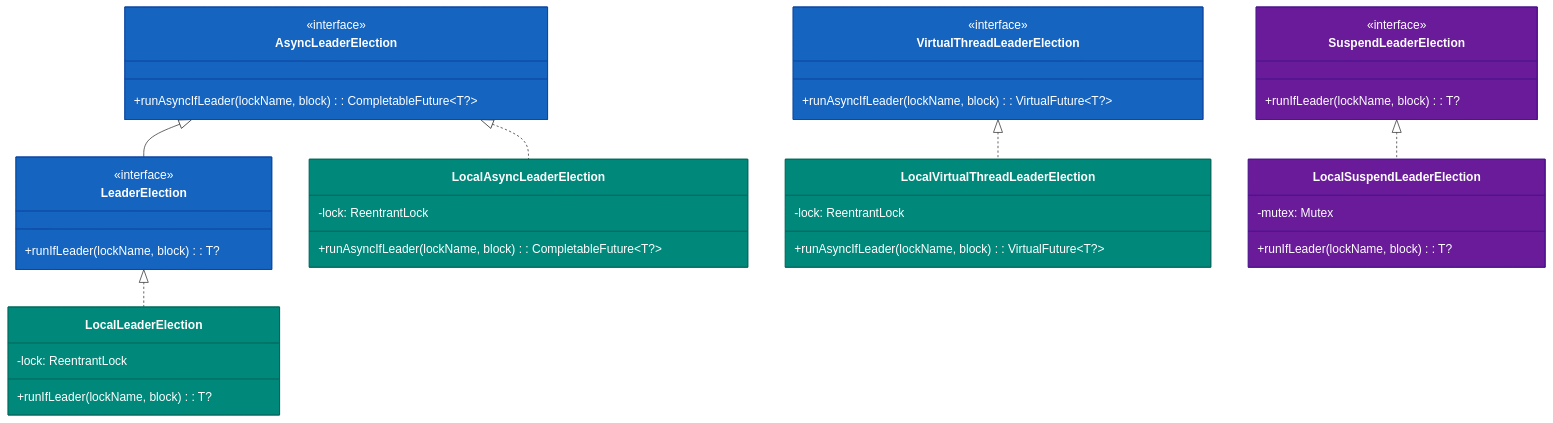
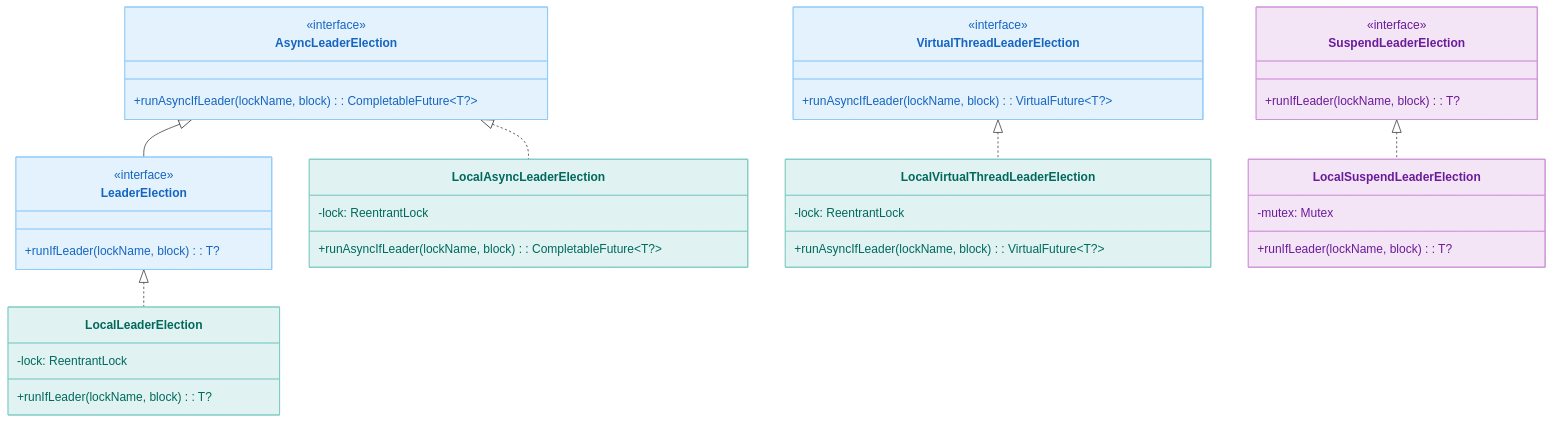
Before and after one commit to bluetape4k/bluetape4k-projects: the third of 5 diagrams in utils/leader/README.ko.md, drawn with Mermaid. The commit also changed other lines of this file and 219 other files, not shown here.

First line of the commit message:
docs: 전체 README Mermaid 다이어그램 가이드 적용

````diff
--- a/utils/leader/README.ko.md
+++ b/utils/leader/README.ko.md
@@ -86,57 +86,57 @@
 ```mermaid
 classDiagram
     class AsyncLeaderElection {
         <<interface>>
         +runAsyncIfLeader(lockName, block): CompletableFuture~T?~
     }
 
     class LeaderElection {
         <<interface>>
         +runIfLeader(lockName, block): T?
     }
 
     class VirtualThreadLeaderElection {
         <<interface>>
         +runAsyncIfLeader(lockName, block): VirtualFuture~T?~
     }
 
     class SuspendLeaderElection {
         <<interface>>
         +runIfLeader(lockName, block): T?
     }
 
     class LocalLeaderElection {
         -lock: ReentrantLock
         +runIfLeader(lockName, block): T?
     }
 
     class LocalAsyncLeaderElection {
         -lock: ReentrantLock
         +runAsyncIfLeader(lockName, block): CompletableFuture~T?~
     }
 
     class LocalVirtualThreadLeaderElection {
         -lock: ReentrantLock
         +runAsyncIfLeader(lockName, block): VirtualFuture~T?~
     }
 
     class LocalSuspendLeaderElection {
         -mutex: Mutex
         +runIfLeader(lockName, block): T?
     }
 
     AsyncLeaderElection <|-- LeaderElection
     LeaderElection <|.. LocalLeaderElection
     AsyncLeaderElection <|.. LocalAsyncLeaderElection
     VirtualThreadLeaderElection <|.. LocalVirtualThreadLeaderElection
     SuspendLeaderElection <|.. LocalSuspendLeaderElection
 
-    style AsyncLeaderElection fill:#1565C0,stroke:#0D47A1,color:#FFFFFF
-    style LeaderElection fill:#1565C0,stroke:#0D47A1,color:#FFFFFF
-    style VirtualThreadLeaderElection fill:#1565C0,stroke:#0D47A1,color:#FFFFFF
-    style SuspendLeaderElection fill:#6A1B9A,stroke:#4A148C,color:#FFFFFF
-    style LocalLeaderElection fill:#00897B,stroke:#00695C,color:#FFFFFF
-    style LocalAsyncLeaderElection fill:#00897B,stroke:#00695C,color:#FFFFFF
-    style LocalVirtualThreadLeaderElection fill:#00897B,stroke:#00695C,color:#FFFFFF
-    style LocalSuspendLeaderElection fill:#6A1B9A,stroke:#4A148C,color:#FFFFFF
+    style AsyncLeaderElection fill:#E3F2FD,stroke:#90CAF9,color:#1565C0
+    style LeaderElection fill:#E3F2FD,stroke:#90CAF9,color:#1565C0
+    style VirtualThreadLeaderElection fill:#E3F2FD,stroke:#90CAF9,color:#1565C0
+    style SuspendLeaderElection fill:#F3E5F5,stroke:#CE93D8,color:#6A1B9A
+    style LocalLeaderElection fill:#E0F2F1,stroke:#80CBC4,color:#00695C
+    style LocalAsyncLeaderElection fill:#E0F2F1,stroke:#80CBC4,color:#00695C
+    style LocalVirtualThreadLeaderElection fill:#E0F2F1,stroke:#80CBC4,color:#00695C
+    style LocalSuspendLeaderElection fill:#F3E5F5,stroke:#CE93D8,color:#6A1B9A
 ```
````
